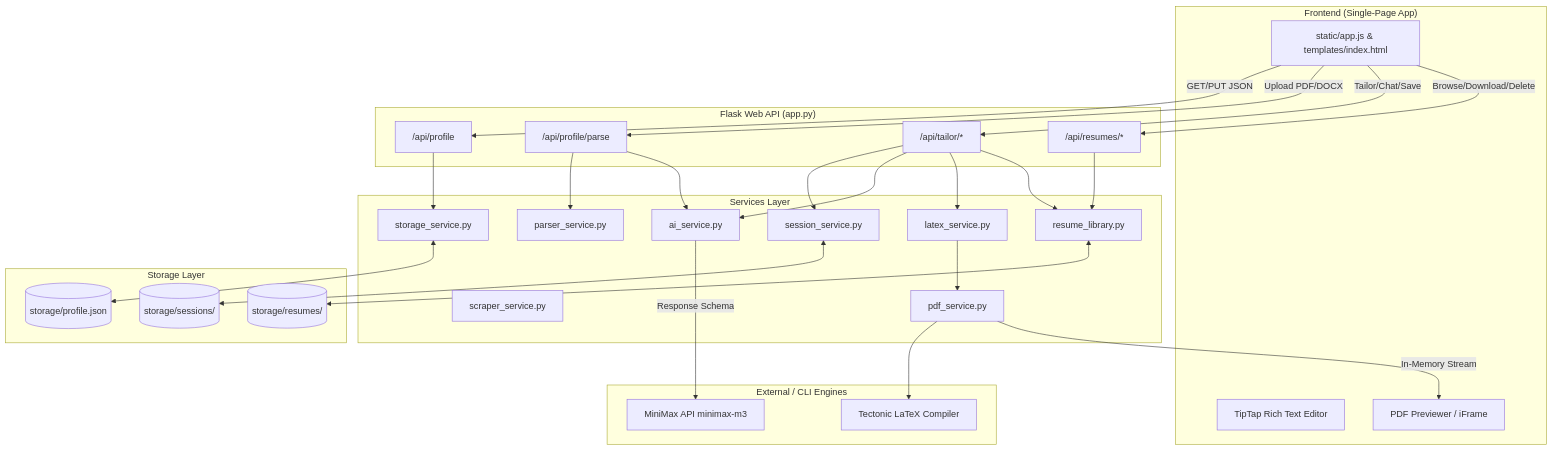
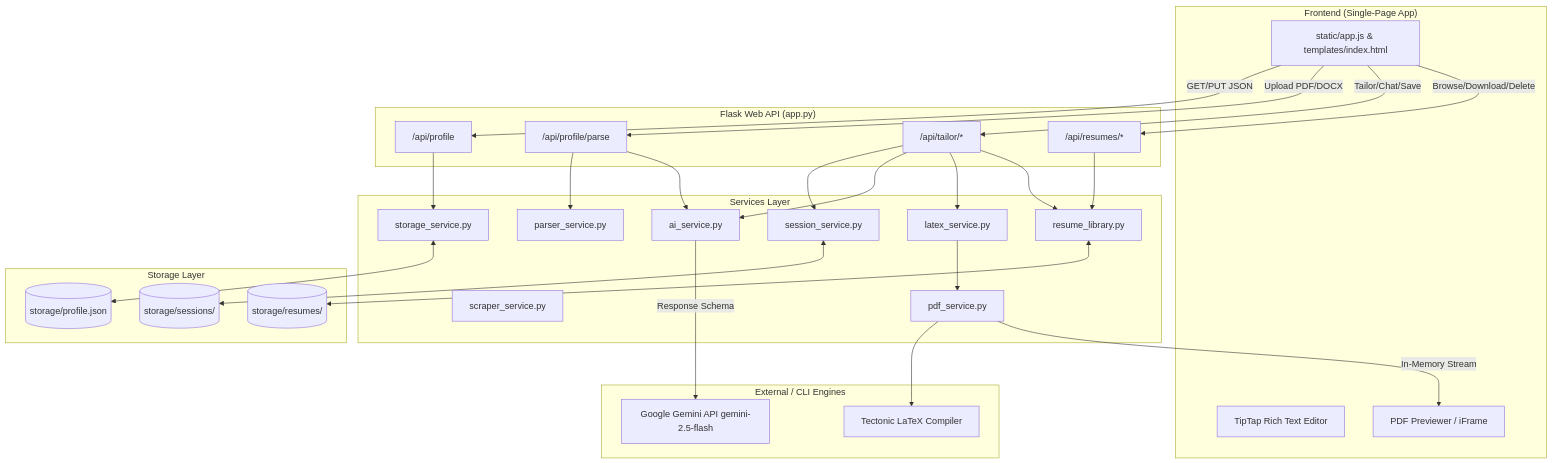
The diagram in HANDOFF.md (Hima-11-works/BuildR), drawn with Mermaid before and after one commit. The commit also changed other lines of this file and 8 other files, not shown here.

Commit message:
feat(ai): migrate AI provider to Google Gemini via OpenAI-compatible endpoint

````diff
--- a/HANDOFF.md
+++ b/HANDOFF.md
@@ -93,63 +93,63 @@
 ```mermaid
 flowchart TD
     subgraph Frontend ["Frontend (Single-Page App)"]
         UI[static/app.js & templates/index.html]
         TipTap[TipTap Rich Text Editor]
         PDFViewer[PDF Previewer / iFrame]
     end
 
     subgraph API ["Flask Web API (app.py)"]
         ProfileAPI["/api/profile"]
         ParseAPI["/api/profile/parse"]
         TailorAPI["/api/tailor/*"]
         LibraryAPI["/api/resumes/*"]
     end
 
     subgraph Logic ["Services Layer"]
         StorageSvc[storage_service.py]
         AISvc[ai_service.py]
         ParserSvc[parser_service.py]
         ScraperSvc[scraper_service.py]
         LaTeXSvc[latex_service.py]
         PDFSvc[pdf_service.py]
         LibSvc[resume_library.py]
         SessSvc[session_service.py]
     end
 
     subgraph LLM ["External / CLI Engines"]
-        MiniMax[MiniMax API minimax-m3]
+        Gemini[Google Gemini API gemini-2.5-flash]
         Tectonic[Tectonic LaTeX Compiler]
     end
 
     subgraph Disk ["Storage Layer"]
         ProfileJSON[(storage/profile.json)]
         SessionsDir[(storage/sessions/)]
         ResumesDir[(storage/resumes/)]
     end
 
     UI -->|GET/PUT JSON| ProfileAPI
     UI -->|Upload PDF/DOCX| ParseAPI
     UI -->|Tailor/Chat/Save| TailorAPI
     UI -->|Browse/Download/Delete| LibraryAPI
 
     ProfileAPI --> StorageSvc
     StorageSvc <--> ProfileJSON
 
     ParseAPI --> ParserSvc
     ParseAPI --> AISvc
-    AISvc -->|Response Schema| MiniMax
+    AISvc -->|Response Schema| Gemini
 
     TailorAPI --> SessSvc
     TailorAPI --> AISvc
     SessSvc <--> SessionsDir
 
     TailorAPI --> LaTeXSvc
     LaTeXSvc --> PDFSvc
     PDFSvc --> Tectonic
 
     TailorAPI --> LibSvc
     LibraryAPI --> LibSvc
     LibSvc <--> ResumesDir
 
     PDFSvc -->|In-Memory Stream| PDFViewer
 ```
````
